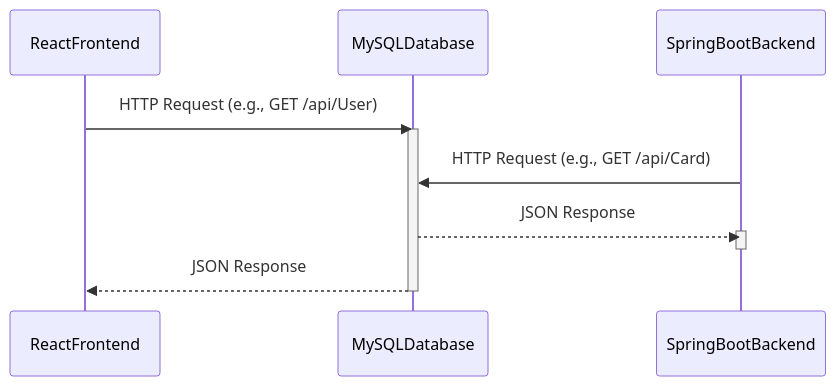
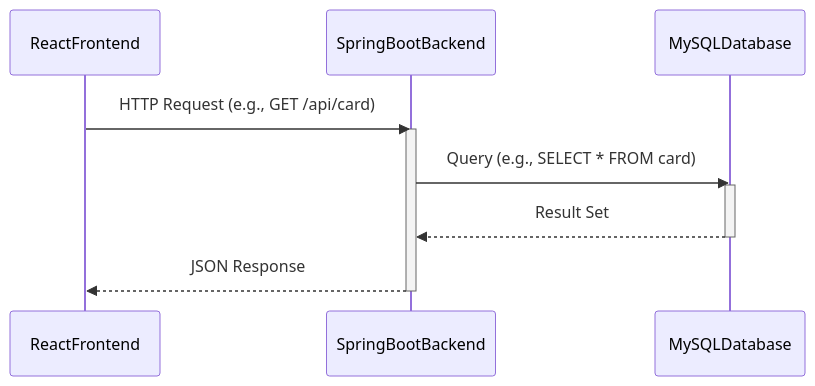
One commit to NellyBoi18/Deckd-Out changed the fifth of 5 diagrams in README.md. Above: the diagram before and after it, drawn with Mermaid. The commit also changed other lines of this file, not shown here.

````diff
--- a/README.md
+++ b/README.md
@@ -468,19 +468,19 @@
 ```mermaid
 sequenceDiagram
 
 participant ReactFrontend
+participant SpringBootBackend
 participant MySQLDatabase
-participant SpringBootBackend
 
-ReactFrontend ->> MySQLDatabase: HTTP Request (e.g., GET /api/User)
+ReactFrontend ->> SpringBootBackend: HTTP Request (e.g., GET /api/card)
+activate SpringBootBackend
+
+SpringBootBackend ->> MySQLDatabase: Query (e.g., SELECT * FROM card)
 activate MySQLDatabase
 
-SpringBootBackend ->> MySQLDatabase: HTTP Request (e.g., GET /api/Card)
-MySQLDatabase -->> SpringBootBackend: JSON Response
-activate SpringBootBackend
+MySQLDatabase -->> SpringBootBackend: Result Set
+deactivate MySQLDatabase
 
+SpringBootBackend -->> ReactFrontend: JSON Response
 deactivate SpringBootBackend
-
-MySQLDatabase -->> ReactFrontend: JSON Response
-deactivate MySQLDatabase
 ```
````
